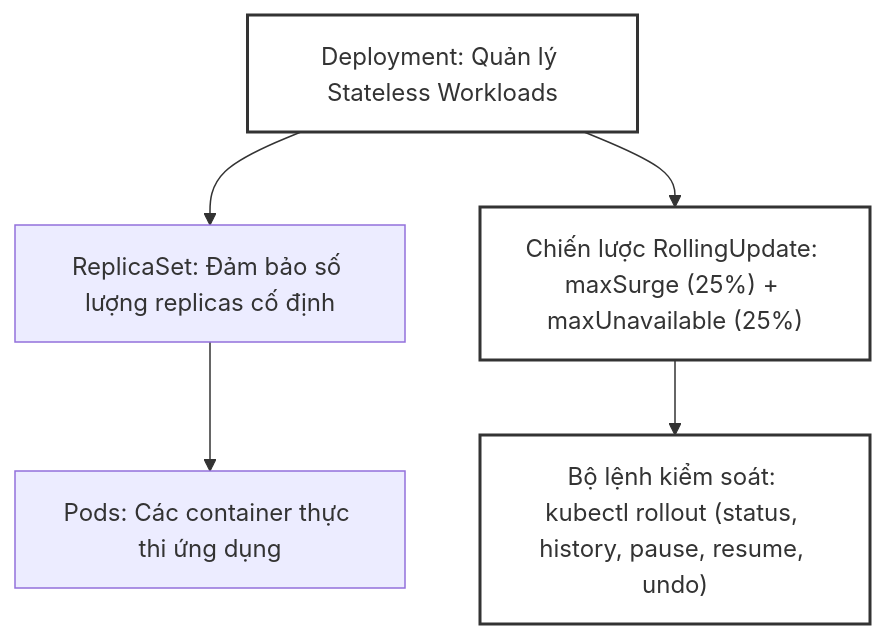
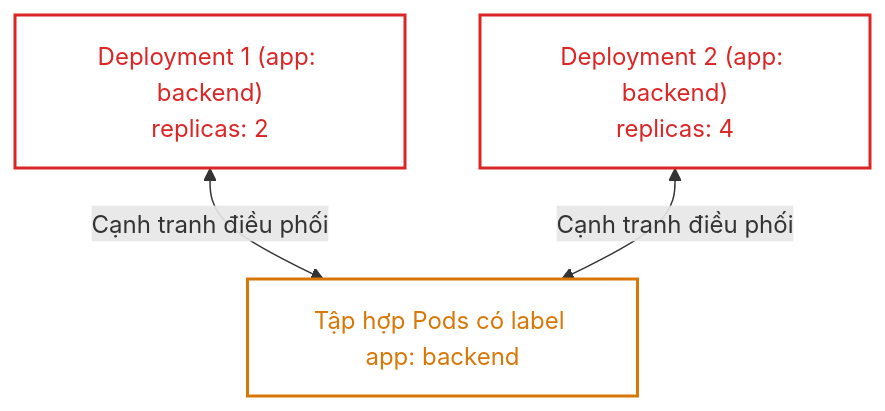
Before and after one commit to kiennt308/ntk: the third of 4 diagrams in _posts/2026-09-12-cka-15-15-deployment-replicaset-rollout.md, drawn with Mermaid. The commit also changed other lines of this file and 39 other files, not shown here.

````diff
--- a/_posts/2026-09-12-cka-15-15-deployment-replicaset-rollout.md
+++ b/_posts/2026-09-12-cka-15-15-deployment-replicaset-rollout.md
@@ -373,11 +229,13 @@
 ```mermaid
 graph TD
-    A["Deployment: Quản lý Stateless Workloads"] --> B["ReplicaSet: Đảm bảo số lượng replicas cố định"]
-    B --> C["Pods: Các container thực thi ứng dụng"]
-    A --> D["Chiến lược RollingUpdate: maxSurge (25%) + maxUnavailable (25%)"]
-    D --> E["Bộ lệnh kiểm soát: kubectl rollout (status, history, pause, resume, undo)"]
+    classDef dep fill:none,stroke:#dc2626,stroke-width:2px,color:#dc2626;
+    classDef pod fill:none,stroke:#d97706,stroke-width:2px,color:#d97706;
 
-    style A fill:none,stroke:#333,stroke-width:2px
-    style D fill:none,stroke:#333,stroke-width:2px
-    style E fill:none,stroke:#333,stroke-width:2px
+    D1["Deployment 1 (app: backend)<br>replicas: 2"]:::dep
+    D2["Deployment 2 (app: backend)<br>replicas: 4"]:::dep
+    
+    P["Tập hợp Pods có label app: backend"]:::pod
+    
+    D1 <-->|Cạnh tranh điều phối| P
+    D2 <-->|Cạnh tranh điều phối| P
 ```
````
